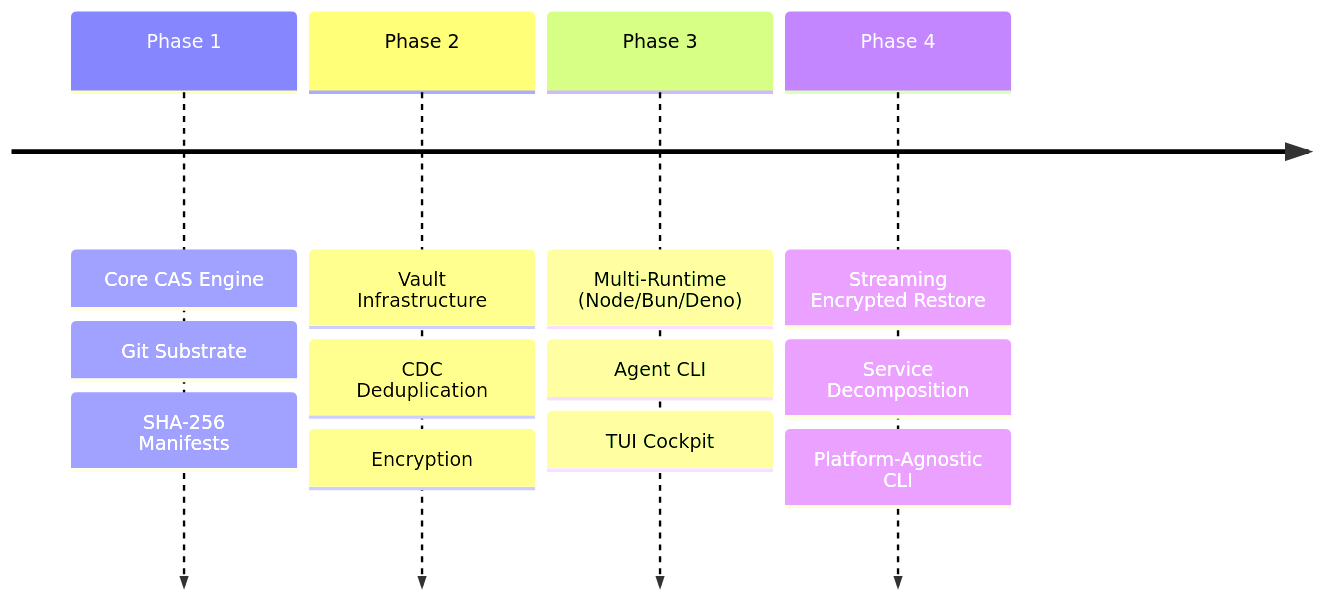
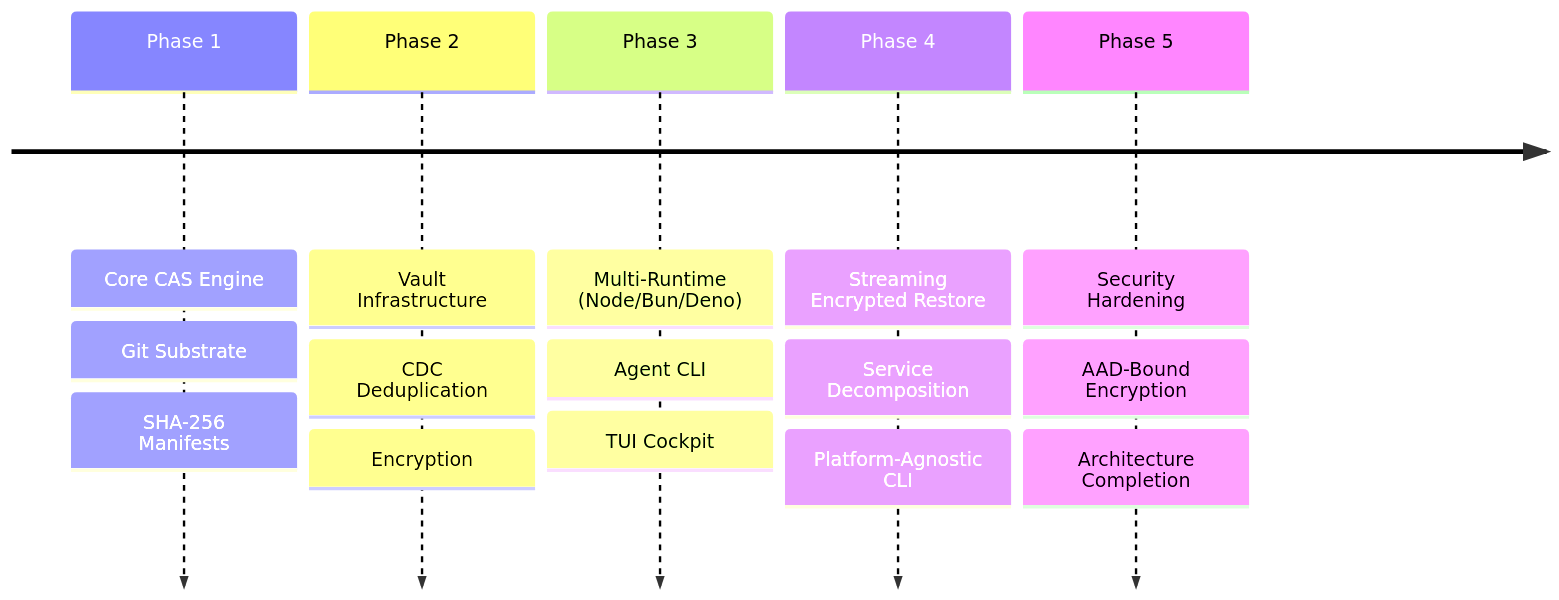
Before and after one commit to git-stunts/git-cas: the diagram in BEARING.md, drawn with Mermaid. The commit also changed other lines of this file and 2 other files, not shown here.

````diff
--- a/BEARING.md
+++ b/BEARING.md
@@ -5,7 +5,8 @@
 ```mermaid
 timeline
     Phase 1 : Core CAS Engine : Git Substrate : SHA-256 Manifests
     Phase 2 : Vault Infrastructure : CDC Deduplication : Encryption
     Phase 3 : Multi-Runtime (Node/Bun/Deno) : Agent CLI : TUI Cockpit
     Phase 4 : Streaming Encrypted Restore : Service Decomposition : Platform-Agnostic CLI
+    Phase 5 : Security Hardening : AAD-Bound Encryption : Architecture Completion
 ```
````
